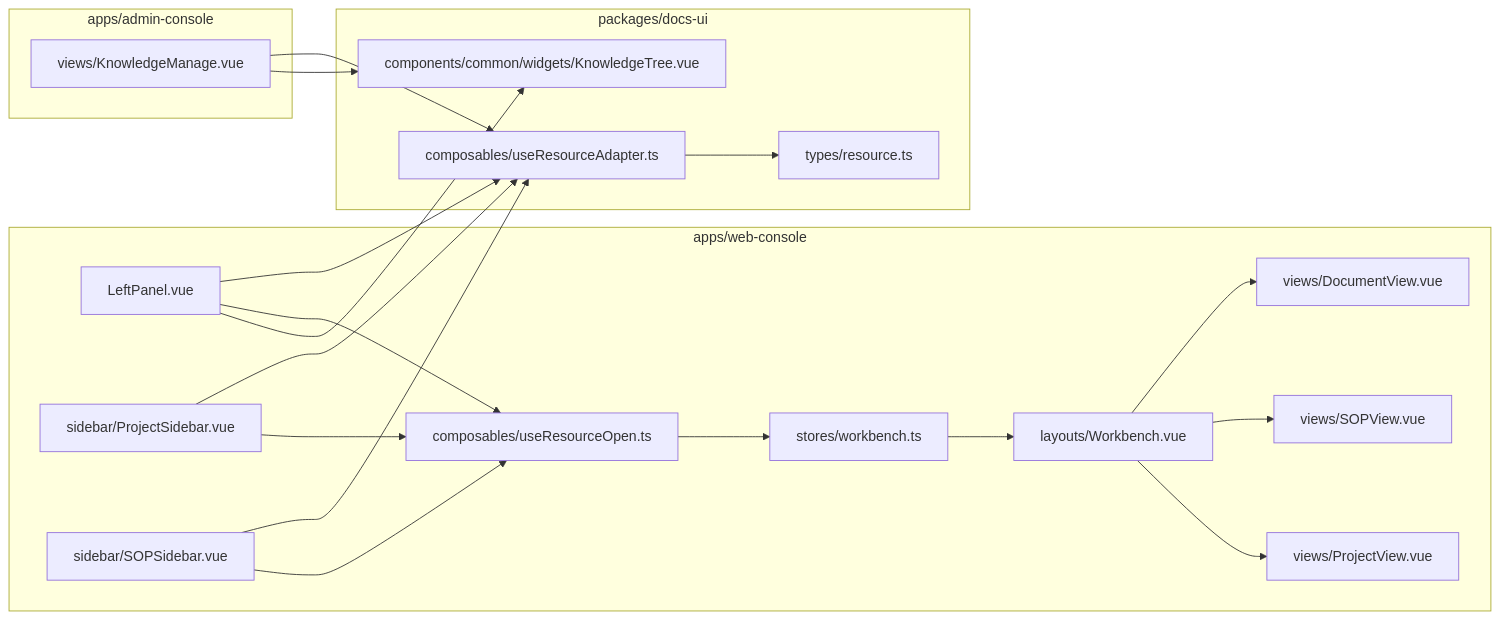
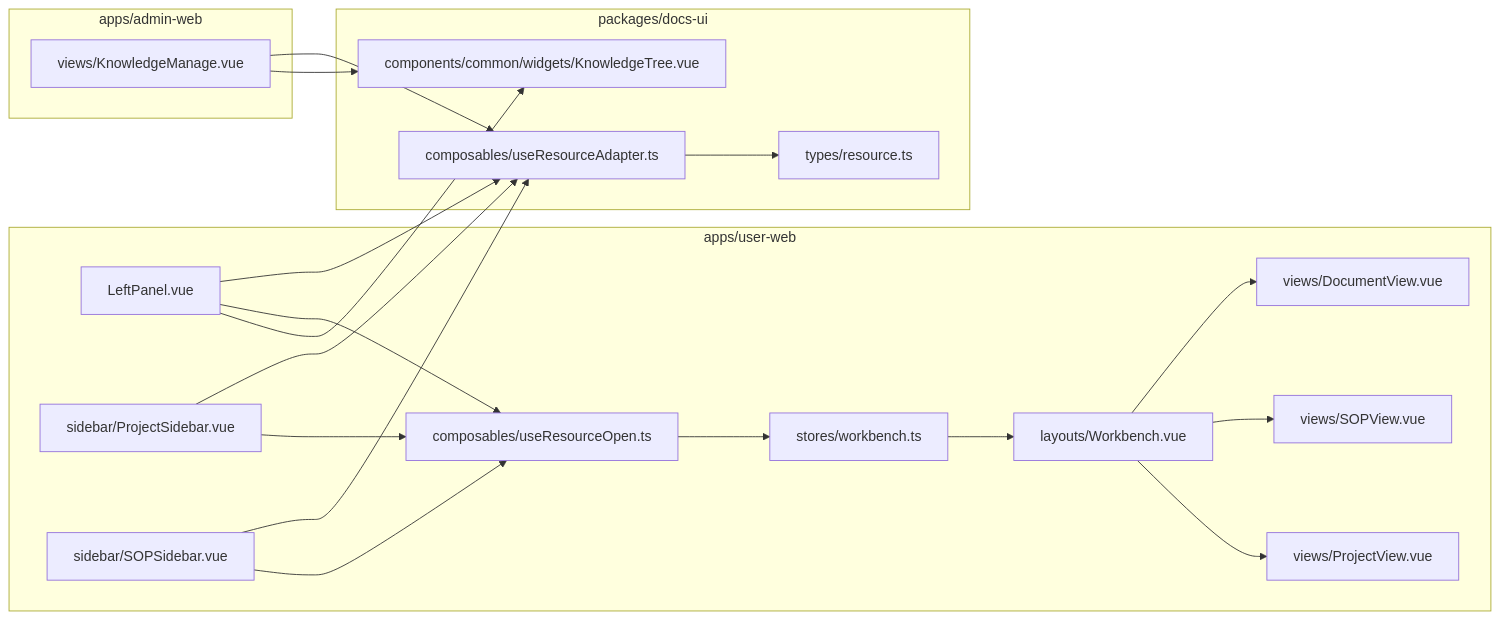
The sixth of 6 diagrams in docs/apps-techniques.md (0mao0/AnGIneer), drawn with Mermaid before and after one commit. The commit also changed other lines of this file and 6 other files, not shown here.

````diff
--- a/docs/apps-techniques.md
+++ b/docs/apps-techniques.md
@@ -459,41 +465,41 @@
 ```mermaid
 flowchart LR
-  subgraph Web["apps/web-console"]
+  subgraph Web["apps/user-web"]
     LP["LeftPanel.vue"]
     PS["sidebar/ProjectSidebar.vue"]
     SS["sidebar/SOPSidebar.vue"]
     RO["composables/useResourceOpen.ts"]
     WB["stores/workbench.ts"]
     WV["layouts/Workbench.vue"]
     DV["views/DocumentView.vue"]
     SV["views/SOPView.vue"]
     PV["views/ProjectView.vue"]
   end
 
   subgraph Shared["packages/docs-ui"]
     RT["types/resource.ts"]
     RA["composables/useResourceAdapter.ts"]
     KT["components/common/widgets/KnowledgeTree.vue"]
   end
 
-  subgraph Admin["apps/admin-console"]
+  subgraph Admin["apps/admin-web"]
     KM["views/KnowledgeManage.vue"]
   end
 
   LP --> RA
   PS --> RA
   SS --> RA
   KM --> RA
 
   RA --> RT
   LP --> RO
   PS --> RO
   SS --> RO
   RO --> WB
   WB --> WV
   WV --> DV
   WV --> SV
   WV --> PV
   LP --> KT
   KM --> KT
 ```
````
